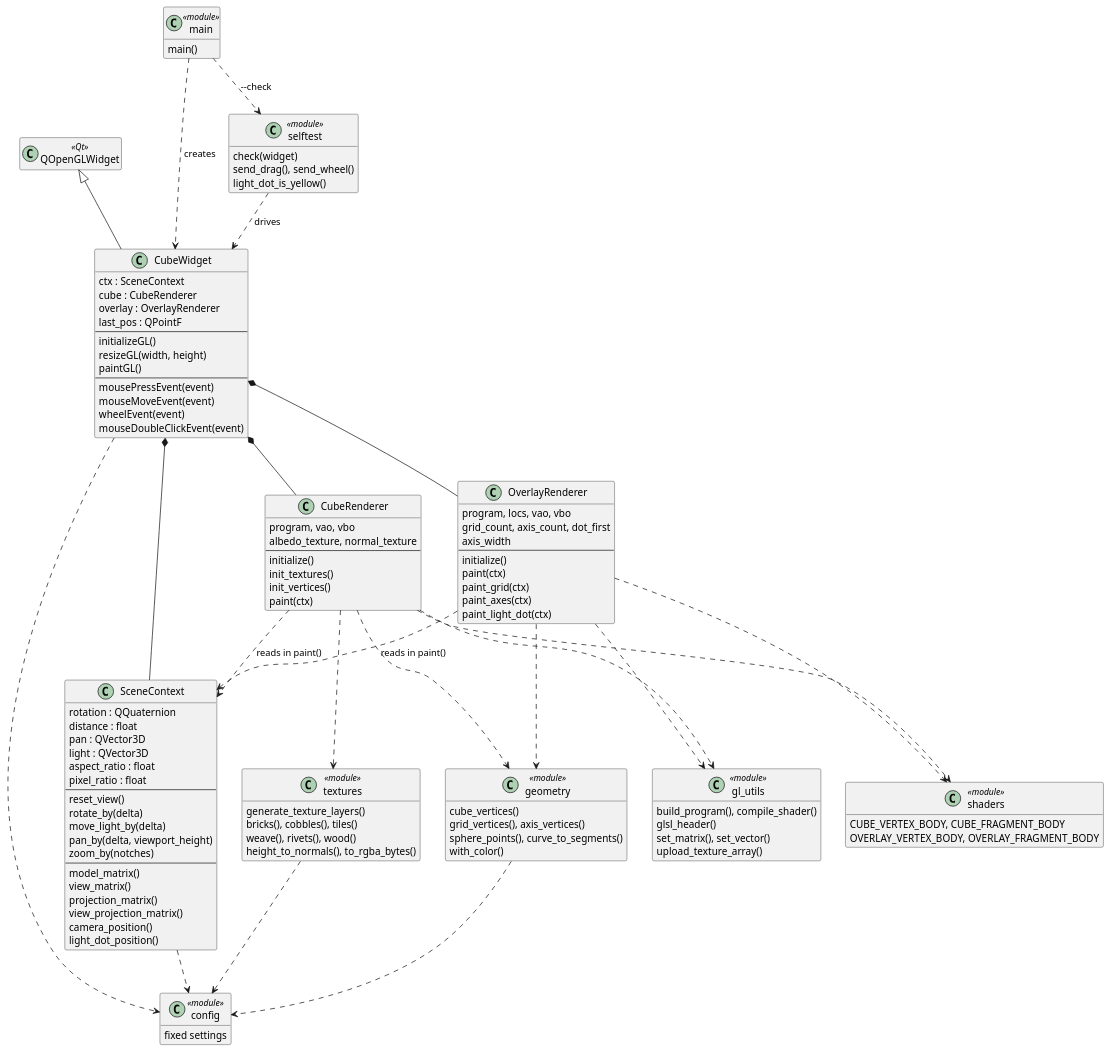
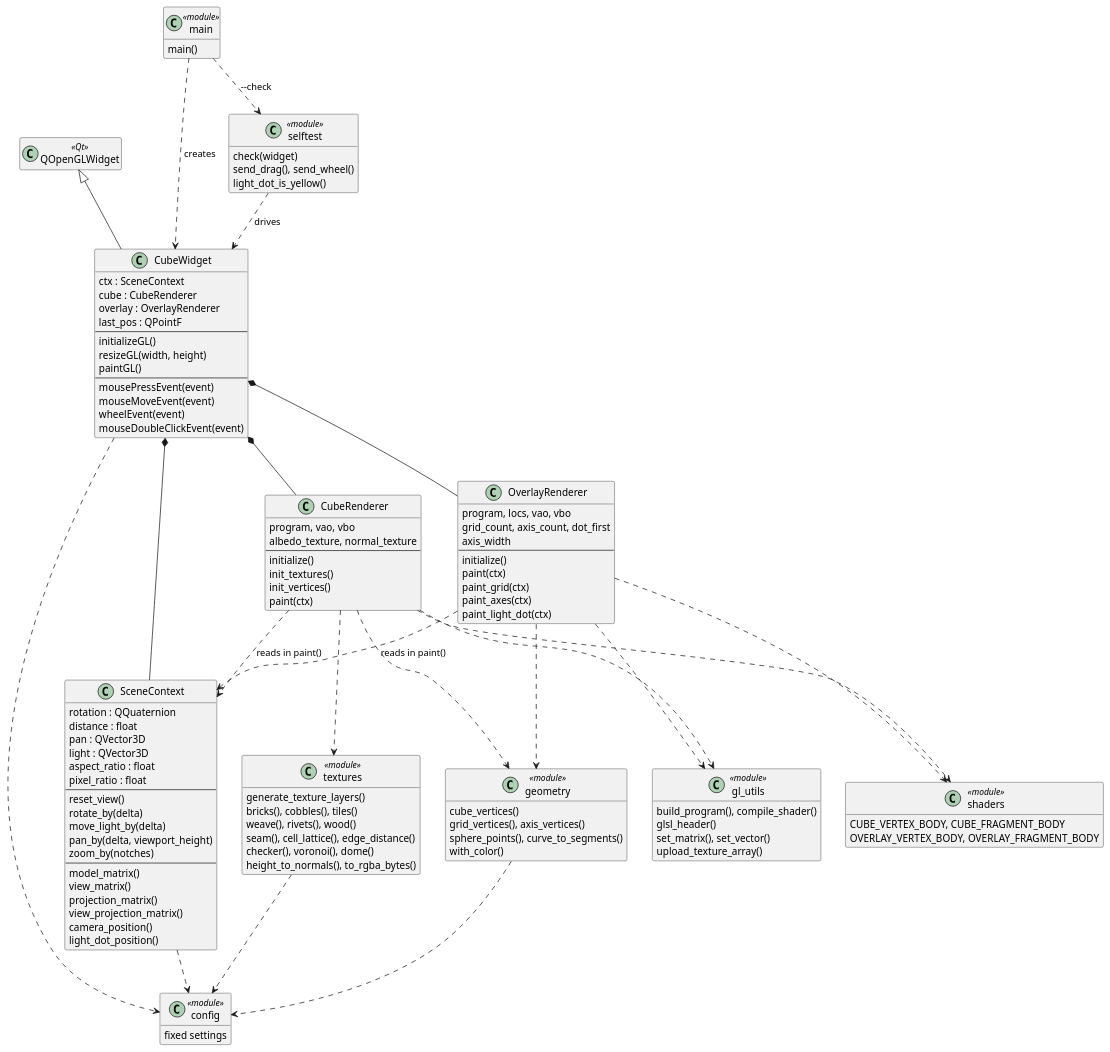
The diagram in docs/diagrams/classes.puml (esba1ley/opengl_python_qt6_test), drawn with PlantUML before and after one commit. The commit also changed 2 other files, not shown here.

```diff
--- a/docs/diagrams/classes.puml
+++ b/docs/diagrams/classes.puml
@@ -1,126 +1,128 @@
 @startuml classes
 ' Class diagram: who owns what, and which modules each class leans on.
 ' Function-only modules are drawn as <<module>> boxes listing their public
 ' functions. Keep in step with src/; see .claude/CLAUDE.md.
 skinparam classAttributeIconSize 0
 skinparam shadowing false
 hide empty members
 
 class QOpenGLWidget <<Qt>>
 
 class CubeWidget {
   ctx : SceneContext
   cube : CubeRenderer
   overlay : OverlayRenderer
   last_pos : QPointF
   --
   initializeGL()
   resizeGL(width, height)
   paintGL()
   --
   mousePressEvent(event)
   mouseMoveEvent(event)
   wheelEvent(event)
   mouseDoubleClickEvent(event)
 }
 
 class SceneContext {
   rotation : QQuaternion
   distance : float
   pan : QVector3D
   light : QVector3D
   aspect_ratio : float
   pixel_ratio : float
   --
   reset_view()
   rotate_by(delta)
   move_light_by(delta)
   pan_by(delta, viewport_height)
   zoom_by(notches)
   --
   model_matrix()
   view_matrix()
   projection_matrix()
   view_projection_matrix()
   camera_position()
   light_dot_position()
 }
 
 class CubeRenderer {
   program, vao, vbo
   albedo_texture, normal_texture
   --
   initialize()
   init_textures()
   init_vertices()
   paint(ctx)
 }
 
 class OverlayRenderer {
   program, locs, vao, vbo
   grid_count, axis_count, dot_first
   axis_width
   --
   initialize()
   paint(ctx)
   paint_grid(ctx)
   paint_axes(ctx)
   paint_light_dot(ctx)
 }
 
 class main <<module>> {
   main()
 }
 class selftest <<module>> {
   check(widget)
   send_drag(), send_wheel()
   light_dot_is_yellow()
 }
 class gl_utils <<module>> {
   build_program(), compile_shader()
   glsl_header()
   set_matrix(), set_vector()
   upload_texture_array()
 }
 class geometry <<module>> {
   cube_vertices()
   grid_vertices(), axis_vertices()
   sphere_points(), curve_to_segments()
   with_color()
 }
 class textures <<module>> {
   generate_texture_layers()
   bricks(), cobbles(), tiles()
   weave(), rivets(), wood()
+  seam(), cell_lattice(), edge_distance()
+  checker(), voronoi(), dome()
   height_to_normals(), to_rgba_bytes()
 }
 class shaders <<module>> {
   CUBE_VERTEX_BODY, CUBE_FRAGMENT_BODY
   OVERLAY_VERTEX_BODY, OVERLAY_FRAGMENT_BODY
 }
 class config <<module>> {
   fixed settings
 }
 
 QOpenGLWidget <|-- CubeWidget
 CubeWidget *-- SceneContext
 CubeWidget *-- CubeRenderer
 CubeWidget *-- OverlayRenderer
 main ..> CubeWidget : creates
 main ..> selftest : --check
 selftest ..> CubeWidget : drives
 
 CubeRenderer ..> SceneContext : reads in paint()
 OverlayRenderer ..> SceneContext : reads in paint()
 CubeRenderer ..> gl_utils
 CubeRenderer ..> geometry
 CubeRenderer ..> textures
 CubeRenderer ..> shaders
 OverlayRenderer ..> gl_utils
 OverlayRenderer ..> geometry
 OverlayRenderer ..> shaders
 SceneContext ..> config
 CubeWidget ..> config
 geometry ..> config
 textures ..> config
 @enduml
```
